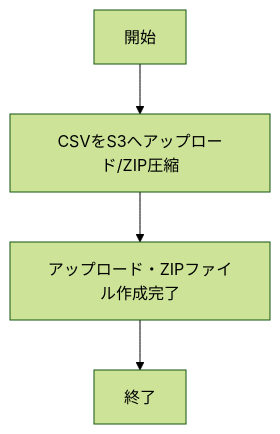
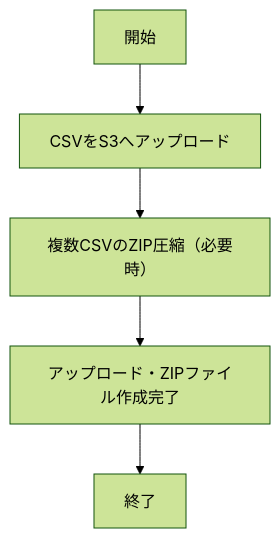
Before and after one commit to tk826/OpenHands-Test: the fourth of 4 diagrams in BD_DD.md, drawn with Mermaid (forest theme). The commit also changed other lines of this file, not shown here.

````diff
--- a/BD_DD.md
+++ b/BD_DD.md
@@ -51,6 +56,7 @@
 ```mermaid
 graph TD;
-    A[開始] --> B[CSVをS3へアップロード/ZIP圧縮]
-    B --> C[アップロード・ZIPファイル作成完了]
-    C --> D[終了]
+    A[開始] --> B[CSVをS3へアップロード]
+    B --> C[複数CSVのZIP圧縮（必要時）]
+    C --> D[アップロード・ZIPファイル作成完了]
+    D --> E[終了]
 ```
````
